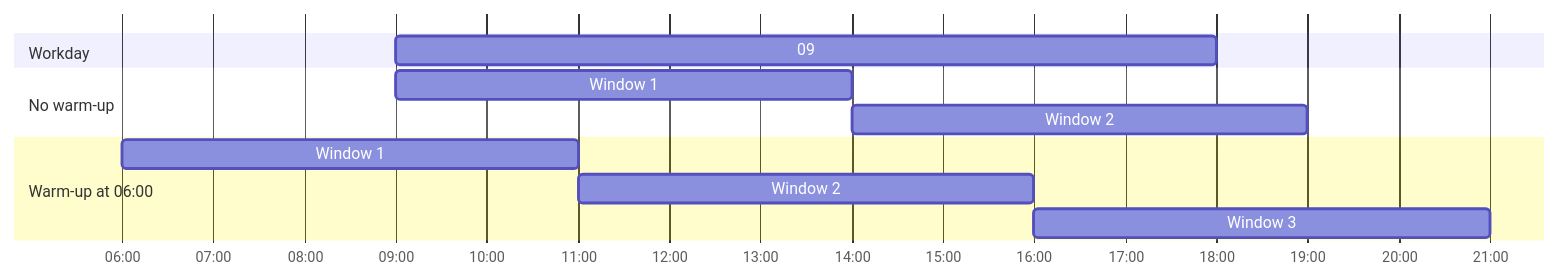
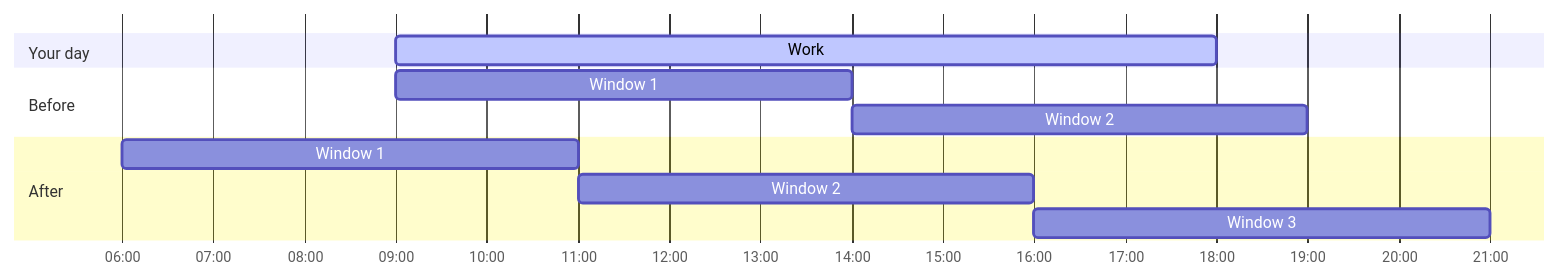
The diagram in README.md (Spoki-App/claude-limits-window-shift), drawn with Mermaid before and after one commit. The commit also changed other lines of this file and 3 other files, not shown here.

````diff
--- a/README.md
+++ b/README.md
@@ -52,14 +31,14 @@
 ```mermaid
 gantt
     dateFormat HH:mm
     axisFormat %H:%M
-    section Workday
-    09:00 to 18:00        :active, 09:00, 18:00
-    section No warm-up
+    section Your day
+    Work                  :active, 09:00, 18:00
+    section Before
     Window 1              :09:00, 14:00
     Window 2              :14:00, 19:00
-    section Warm-up at 06:00
+    section After
     Window 1              :06:00, 11:00
     Window 2              :11:00, 16:00
     Window 3              :16:00, 21:00
 ```
````
